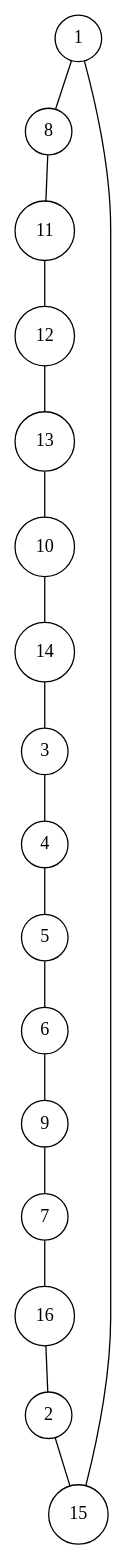
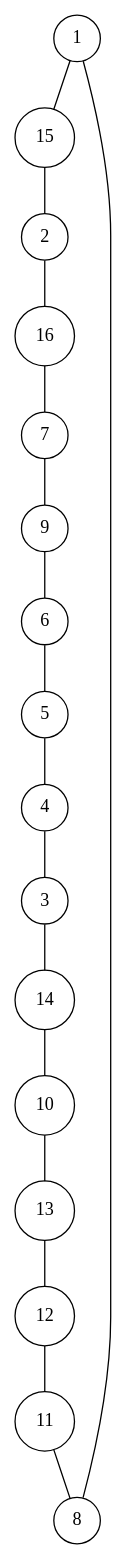
Before and after one commit to lugot/tsp-approximation: the diagram in data_tsplib/ulysses16/ulysses16.dot, drawn with Graphviz. The commit also changed 17 other files, not shown here.

```diff
--- a/data_tsplib/ulysses16/ulysses16.dot
+++ b/data_tsplib/ulysses16/ulysses16.dot
@@ -1,36 +1,36 @@
 graph ulysses16 {
 	node [shape=circle fillcolor=white]
 	1 [ pos = "18.549600,9.905409!"]
 	2 [ pos = "19.194761,12.684938!"]
 	3 [ pos = "19.674994,12.282319!"]
 	4 [ pos = "17.589134,11.215135!"]
 	5 [ pos = "16.240602,5.112782!"]
 	6 [ pos = "18.219743,5.913170!"]
 	7 [ pos = "18.636915,6.359447!"]
 	8 [ pos = "18.200340,9.915110!"]
 	9 [ pos = "20.000000,4.414261!"]
 	10 [ pos = "19.970895,6.330342!"]
 	11 [ pos = "17.501819,-2.527286!"]
 	12 [ pos = "18.661169,7.339316!"]
 	13 [ pos = "18.505942,7.446034!"]
 	14 [ pos = "18.195489,7.358719!"]
 	15 [ pos = "17.215620,6.946398!"]
 	16 [ pos = "19.092894,9.488237!"]
 
-	1 -- 8
-	2 -- 15
-	3 -- 4
-	4 -- 5
-	5 -- 6
-	6 -- 9
-	7 -- 16
-	8 -- 11
-	9 -- 7
-	10 -- 14
-	11 -- 12
-	12 -- 13
-	13 -- 10
-	14 -- 3
-	15 -- 1
-	16 -- 2
+	1 -- 15
+	2 -- 16
+	3 -- 14
+	4 -- 3
+	5 -- 4
+	6 -- 5
+	7 -- 9
+	8 -- 1
+	9 -- 6
+	10 -- 13
+	11 -- 8
+	12 -- 11
+	13 -- 12
+	14 -- 10
+	15 -- 2
+	16 -- 7
 }
```
